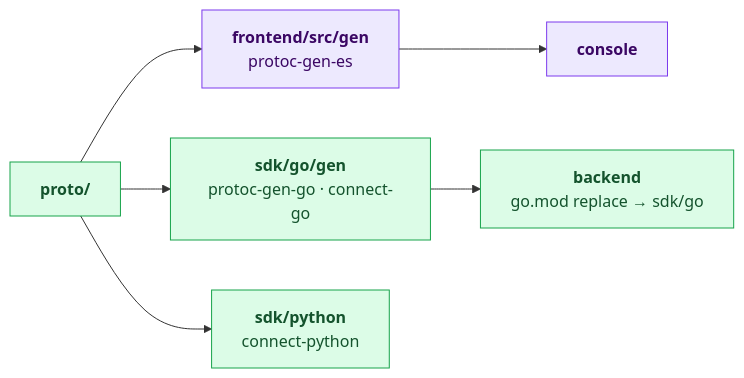
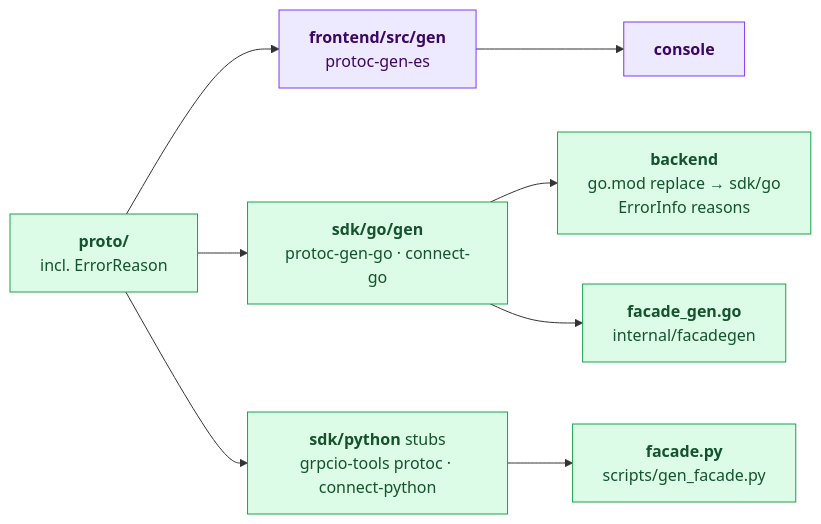
One commit to oleg-tkachuk/paladin changed the eighth of 13 diagrams in backend/docs/diagrams.md. Above: the diagram before and after it, drawn with Mermaid. The commit also changed other lines of this file and 7 other files, not shown here.

First line of the commit message:
docs: bring the architecture and its diagrams up to the sdk work

````diff
--- a/backend/docs/diagrams.md
+++ b/backend/docs/diagrams.md
@@ -273,22 +288,25 @@
 ```mermaid
 flowchart LR
-    proto["<b>proto/</b>"]
+    proto["<b>proto/</b><br/>incl. ErrorReason"]
     es["<b>frontend/src/gen</b><br/>protoc-gen-es"]
     gosdk["<b>sdk/go/gen</b><br/>protoc-gen-go · connect-go"]
-    py["<b>sdk/python</b><br/>connect-python"]
+    gofacade["<b>facade_gen.go</b><br/>internal/facadegen"]
+    py["<b>sdk/python</b> stubs<br/>grpcio-tools protoc · connect-python"]
+    pyfacade["<b>facade.py</b><br/>scripts/gen_facade.py"]
     console["<b>console</b>"]
-    backend["<b>backend</b><br/>go.mod replace → sdk/go"]
+    backend["<b>backend</b><br/>go.mod replace → sdk/go<br/>ErrorInfo reasons"]
 
     proto --> es --> console
     proto --> gosdk --> backend
-    proto --> py
+    gosdk --> gofacade
+    proto --> py --> pyfacade
 
     classDef client fill:#E0F2FE,stroke:#0284C7,color:#0C4A6E
     classDef ui fill:#EDE9FE,stroke:#7C3AED,color:#3B0764
     classDef role fill:#DCFCE7,stroke:#16A34A,color:#14532D
     classDef optional fill:#F1F5F9,stroke:#64748B,color:#334155,stroke-dasharray:5 4
     classDef store fill:#FEF3C7,stroke:#D97706,color:#78350F
     classDef external fill:#FCE7F3,stroke:#DB2777,color:#831843
-    class proto,gosdk,py,backend role
+    class proto,gosdk,gofacade,py,pyfacade,backend role
     class es,console ui
 ```
````
